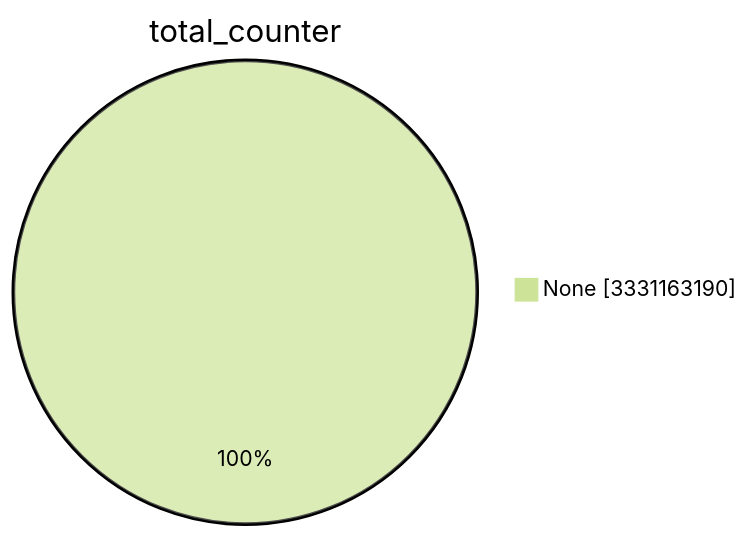
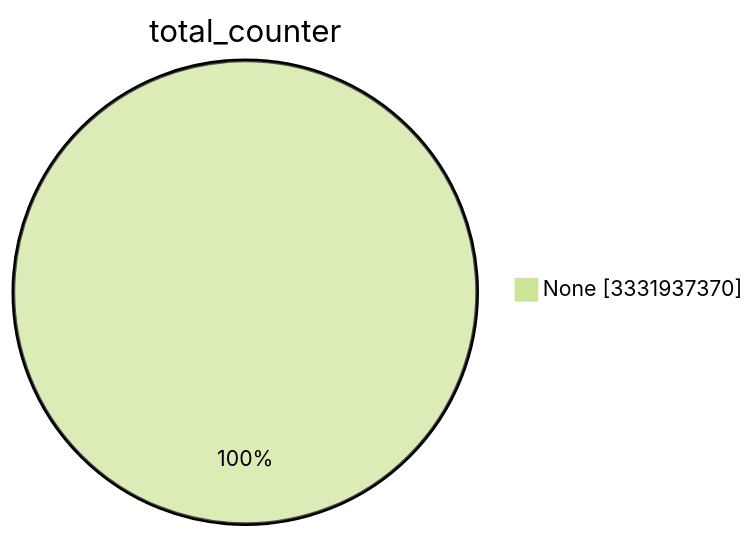
Before and after one commit to christiankrug/ctmonitor_visualization: the first of 15 diagrams in TOTAL/README.md, drawn with Mermaid (forest theme). The commit also changed other lines of this file, not shown here.

````diff
--- a/TOTAL/README.md
+++ b/TOTAL/README.md
@@ -1,5 +1,5 @@
 ```mermaid
 pie showData
 title total_counter
-"None" :3331163190
+"None" :3331937370
 ```
````
